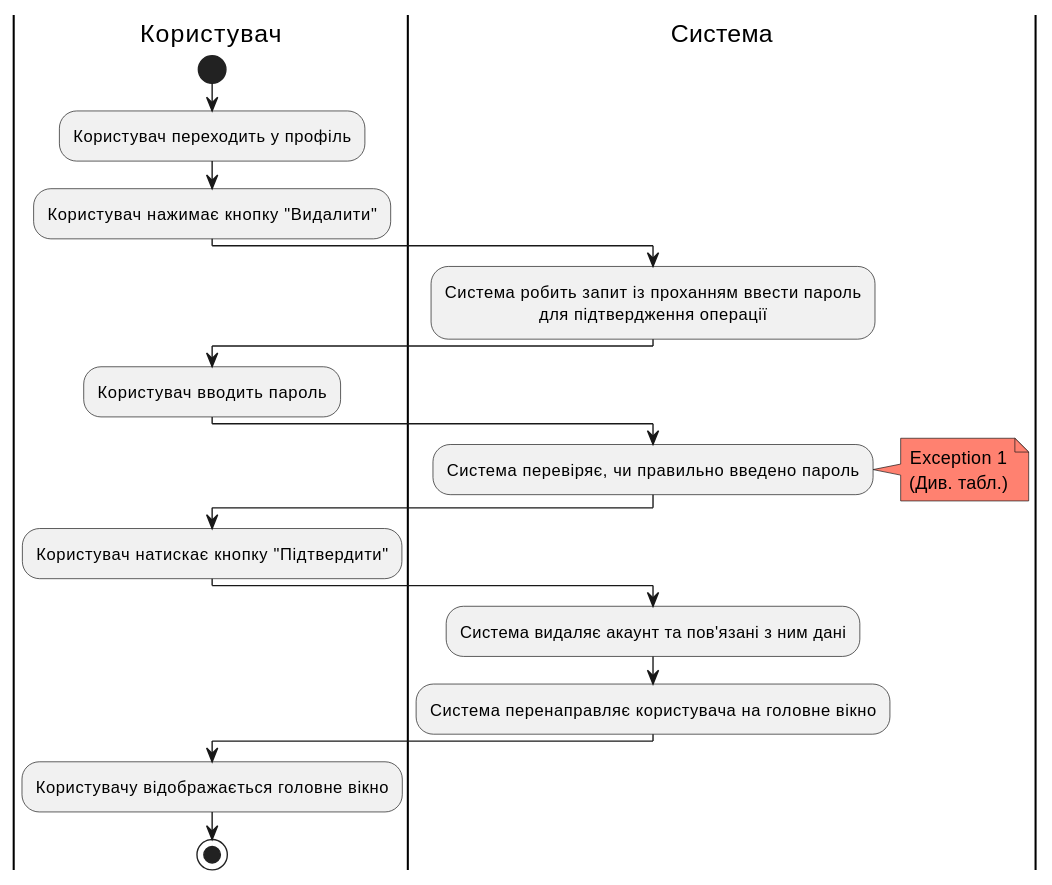
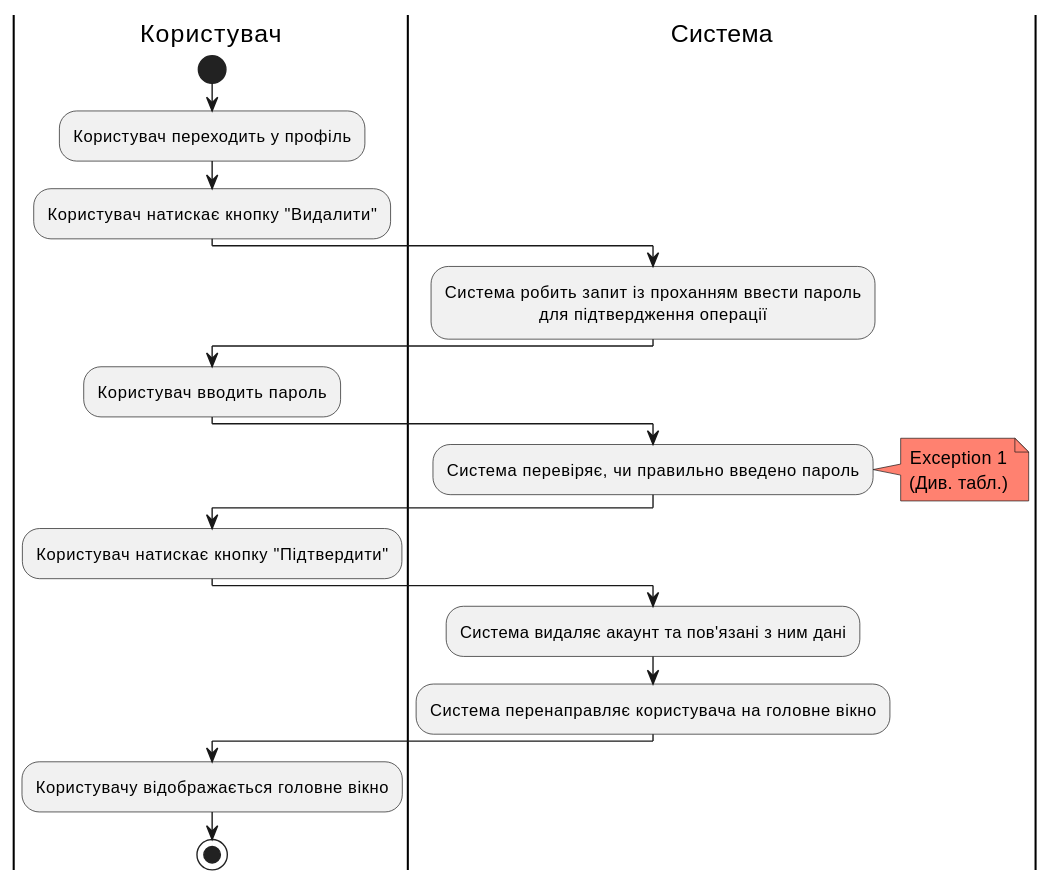
The third of 3 diagrams in docs/use_cases.md (generalmaks/db_labs), drawn with PlantUML before and after one commit.

Commit message:
fex Delete value in RemoveUserAccount diagram

````diff
--- a/docs/use_cases.md
+++ b/docs/use_cases.md
@@ -129,38 +129,38 @@
 ```plantuml
 @startuml
 |Користувач|
 start
 skinparam defaultTextAlignment center
 
 |Користувач|
 :Користувач переходить у профіль;
-:Користувач нажимає кнопку "Видалити";
+:Користувач натискає кнопку "Видалити";
 
 
 |Система|
 :Система робить запит із проханням ввести пароль 
 для підтвердження операції;
 
 |Користувач|
 :Користувач вводить пароль;
 
 |Система|
 :Система перевіряє, чи правильно введено пароль;
 note right #ff8170
 Exception 1
 (Див. табл.)
 end note
 
 |Користувач|
 :Користувач натискає кнопку "Підтвердити";
 
 |Система|
 :Система видаляє акаунт та пов'язані з ним дані;
 :Система перенаправляє користувача на головне вікно;
 
 |Користувач|
 :Користувачу відображається головне вікно;
 
 stop
 @enduml
 ```
````
